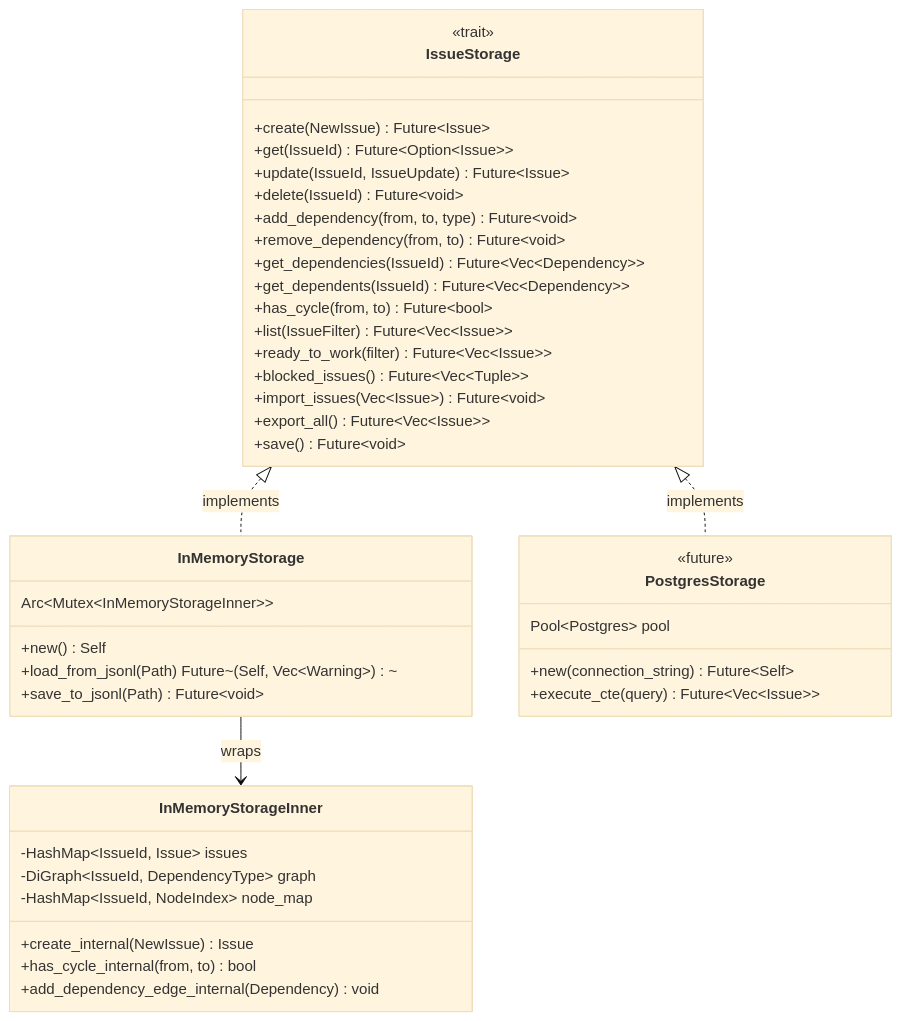
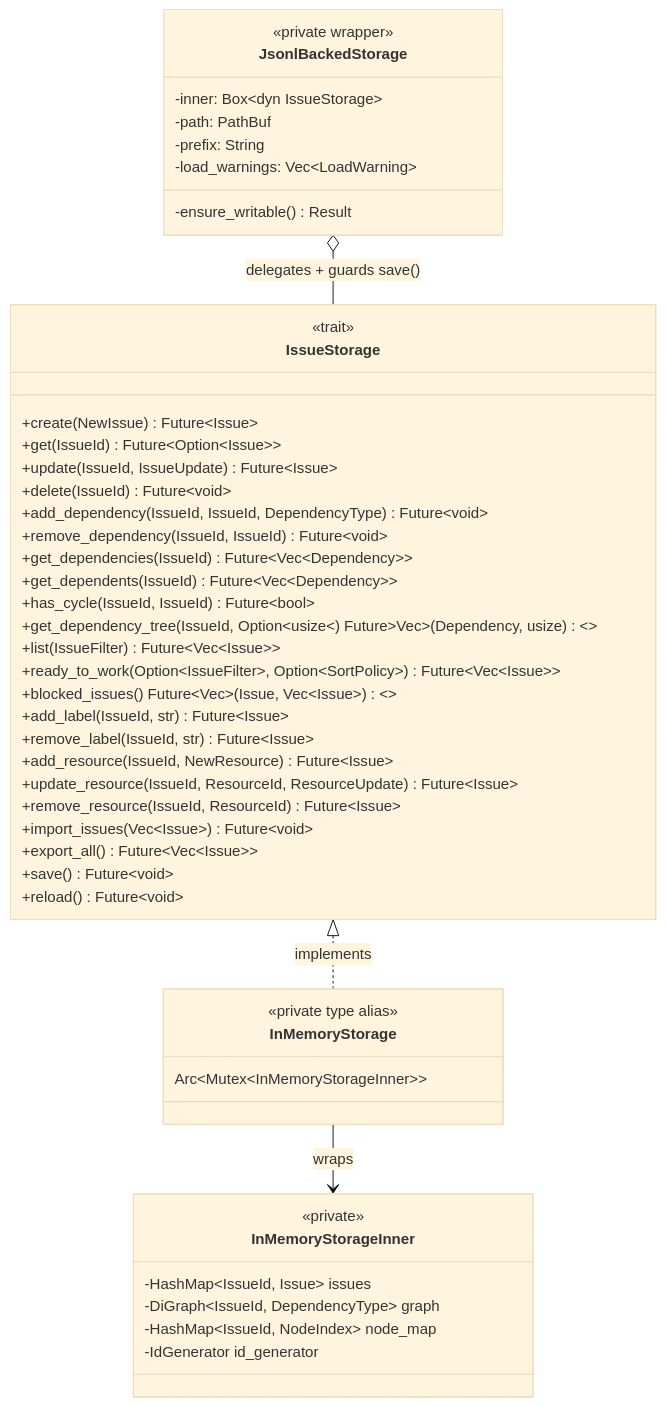
The first of 9 diagrams in docs/storage-architecture.md (dwalleck/rivets), drawn with Mermaid (base theme) before and after one commit. The commit also changed other lines of this file and 4 other files, not shown here.

````diff
--- a/docs/storage-architecture.md
+++ b/docs/storage-architecture.md
@@ -5,48 +7,54 @@
 ```mermaid
 classDiagram
     class IssueStorage {
         <<trait>>
         +create(NewIssue) Future~Issue~
         +get(IssueId) Future~Option~Issue~~
         +update(IssueId, IssueUpdate) Future~Issue~
         +delete(IssueId) Future~void~
-        +add_dependency(from, to, type) Future~void~
-        +remove_dependency(from, to) Future~void~
+        +add_dependency(IssueId, IssueId, DependencyType) Future~void~
+        +remove_dependency(IssueId, IssueId) Future~void~
         +get_dependencies(IssueId) Future~Vec~Dependency~~
         +get_dependents(IssueId) Future~Vec~Dependency~~
-        +has_cycle(from, to) Future~bool~
+        +has_cycle(IssueId, IssueId) Future~bool~
+        +get_dependency_tree(IssueId, Option~usize~) Future~Vec~(Dependency, usize)~~
         +list(IssueFilter) Future~Vec~Issue~~
-        +ready_to_work(filter) Future~Vec~Issue~~
-        +blocked_issues() Future~Vec~Tuple~~
+        +ready_to_work(Option~IssueFilter~, Option~SortPolicy~) Future~Vec~Issue~~
+        +blocked_issues() Future~Vec~(Issue, Vec~Issue~)~~
+        +add_label(IssueId, str) Future~Issue~
+        +remove_label(IssueId, str) Future~Issue~
+        +add_resource(IssueId, NewResource) Future~Issue~
+        +update_resource(IssueId, ResourceId, ResourceUpdate) Future~Issue~
+        +remove_resource(IssueId, ResourceId) Future~Issue~
         +import_issues(Vec~Issue~) Future~void~
         +export_all() Future~Vec~Issue~~
         +save() Future~void~
+        +reload() Future~void~
     }
 
     class InMemoryStorage {
+        <<private type alias>>
         Arc~Mutex~InMemoryStorageInner~~
-        +new() Self
-        +load_from_jsonl(Path) Future~(Self, Vec~Warning~)~
-        +save_to_jsonl(Path) Future~void~
     }
 
     class InMemoryStorageInner {
+        <<private>>
         -HashMap~IssueId, Issue~ issues
         -DiGraph~IssueId, DependencyType~ graph
         -HashMap~IssueId, NodeIndex~ node_map
-        +create_internal(NewIssue) Issue
-        +has_cycle_internal(from, to) bool
-        +add_dependency_edge_internal(Dependency) void
+        -IdGenerator id_generator
     }
 
-    class PostgresStorage {
-        <<future>>
-        Pool~Postgres~ pool
-        +new(connection_string) Future~Self~
-        +execute_cte(query) Future~Vec~Issue~~
+    class JsonlBackedStorage {
+        <<private wrapper>>
+        -inner: Box~dyn IssueStorage~
+        -path: PathBuf
+        -prefix: String
+        -load_warnings: Vec~LoadWarning~
+        -ensure_writable() Result
     }
 
     IssueStorage <|.. InMemoryStorage : implements
-    IssueStorage <|.. PostgresStorage : implements
     InMemoryStorage --> InMemoryStorageInner : wraps
+    JsonlBackedStorage o-- IssueStorage : delegates + guards save()
 ```
````
